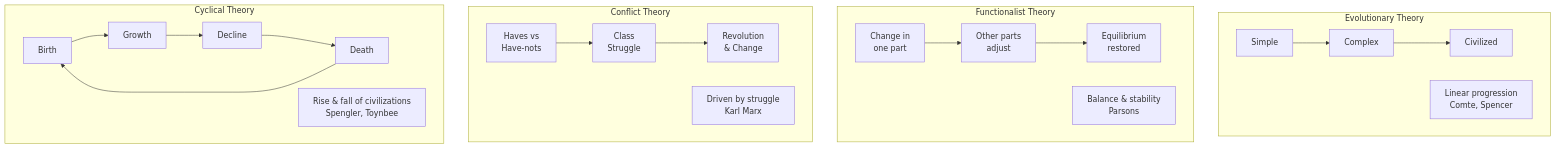
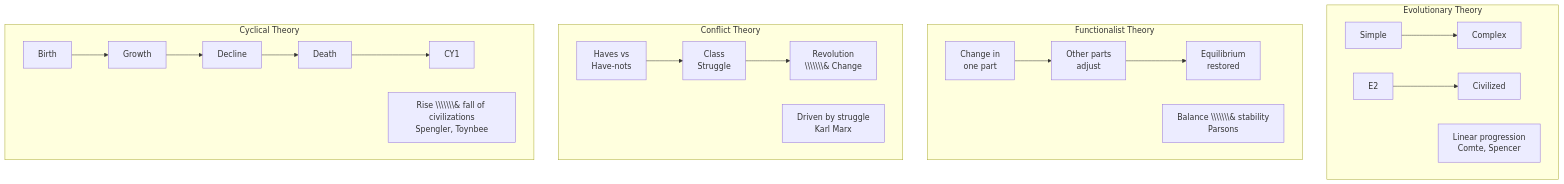
One commit to bibeksubedi0001/note changed the second of 2 diagrams in epp/Ch01-History-of-Engineering-Practices-Complete.md. Above: the diagram before and after it, drawn with Mermaid. The commit also changed other lines of this file and 54 other files, not shown here.

````diff
--- a/epp/Ch01-History-of-Engineering-Practices-Complete.md
+++ b/epp/Ch01-History-of-Engineering-Practices-Complete.md
@@ -501,27 +499,27 @@
 ```mermaid
 flowchart TB
-    subgraph EV["Evolutionary Theory"]
+    subgraph EV\\\\\\\["Evolutionary Theory"]
         direction LR
-        E1[Simple] --> E2[Complex]
-        E2 --> E3[Civilized]
-        EV_note["Linear progression<br/>Comte, Spencer"]
+        E1\\\\\\\[Simple] --> E2\\\\\\\[Complex]
+        E2 --> E3\\\\\\\[Civilized]
+        EV\\\\\\\_note\\\\\\\["Linear progression<br/>Comte, Spencer"]
     end
 
-    subgraph FN["Functionalist Theory"]
+    subgraph FN\\\\\\\["Functionalist Theory"]
         direction LR
-        F1[Change in<br/>one part] --> F2[Other parts<br/>adjust] --> F3[Equilibrium<br/>restored]
-        FN_note["Balance & stability<br/>Parsons"]
+        F1\\\\\\\[Change in<br/>one part] --> F2\\\\\\\[Other parts<br/>adjust] --> F3\\\\\\\[Equilibrium<br/>restored]
+        FN\\\\\\\_note\\\\\\\["Balance \\\\\\\& stability<br/>Parsons"]
     end
 
-    subgraph CF["Conflict Theory"]
+    subgraph CF\\\\\\\["Conflict Theory"]
         direction LR
-        C1[Haves vs<br/>Have-nots] --> C2[Class<br/>Struggle] --> C3[Revolution<br/>& Change]
-        CF_note["Driven by struggle<br/>Karl Marx"]
+        C1\\\\\\\[Haves vs<br/>Have-nots] --> C2\\\\\\\[Class<br/>Struggle] --> C3\\\\\\\[Revolution<br/>\\\\\\\& Change]
+        CF\\\\\\\_note\\\\\\\["Driven by struggle<br/>Karl Marx"]
     end
 
-    subgraph CY["Cyclical Theory"]
+    subgraph CY\\\\\\\["Cyclical Theory"]
         direction LR
-        CY1[Birth] --> CY2[Growth] --> CY3[Decline] --> CY4[Death] --> CY1
-        CY_note["Rise & fall of civilizations<br/>Spengler, Toynbee"]
+        CY1\\\\\\\[Birth] --> CY2\\\\\\\[Growth] --> CY3\\\\\\\[Decline] --> CY4\\\\\\\[Death] --> CY1
+        CY\\\\\\\_note\\\\\\\["Rise \\\\\\\& fall of civilizations<br/>Spengler, Toynbee"]
     end
 ```
````
